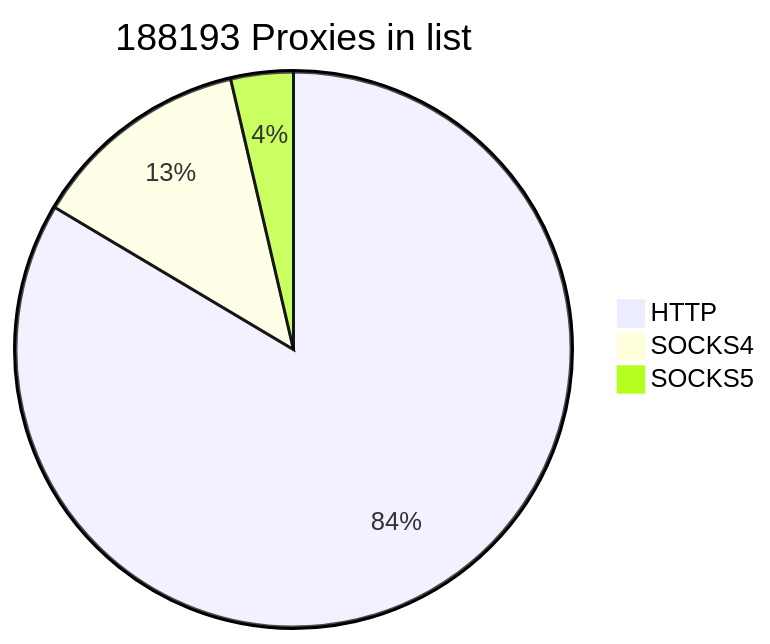
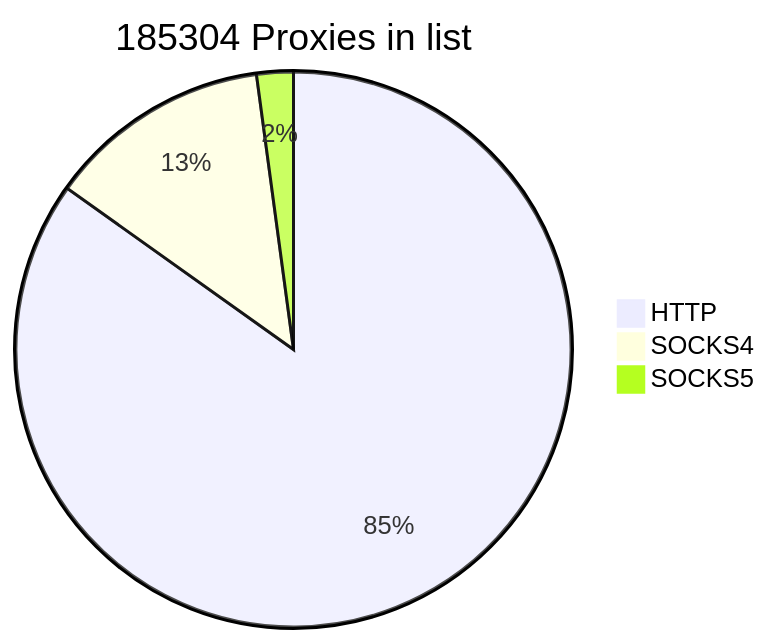
Before and after one commit to cutipu/proxylist: the first of 2 diagrams in README.md, drawn with Mermaid. The commit also changed other lines of this file, not shown here.

````diff
--- a/README.md
+++ b/README.md
@@ -2,7 +2,7 @@
 ```mermaid
-pie title 188193 Proxies in list
+pie title 185304 Proxies in list
     "HTTP" : 157230
-    "SOCKS4" : 24123
-    "SOCKS5" : 6840
+    "SOCKS4" : 24122
+    "SOCKS5" : 3952
             
 ```
````
